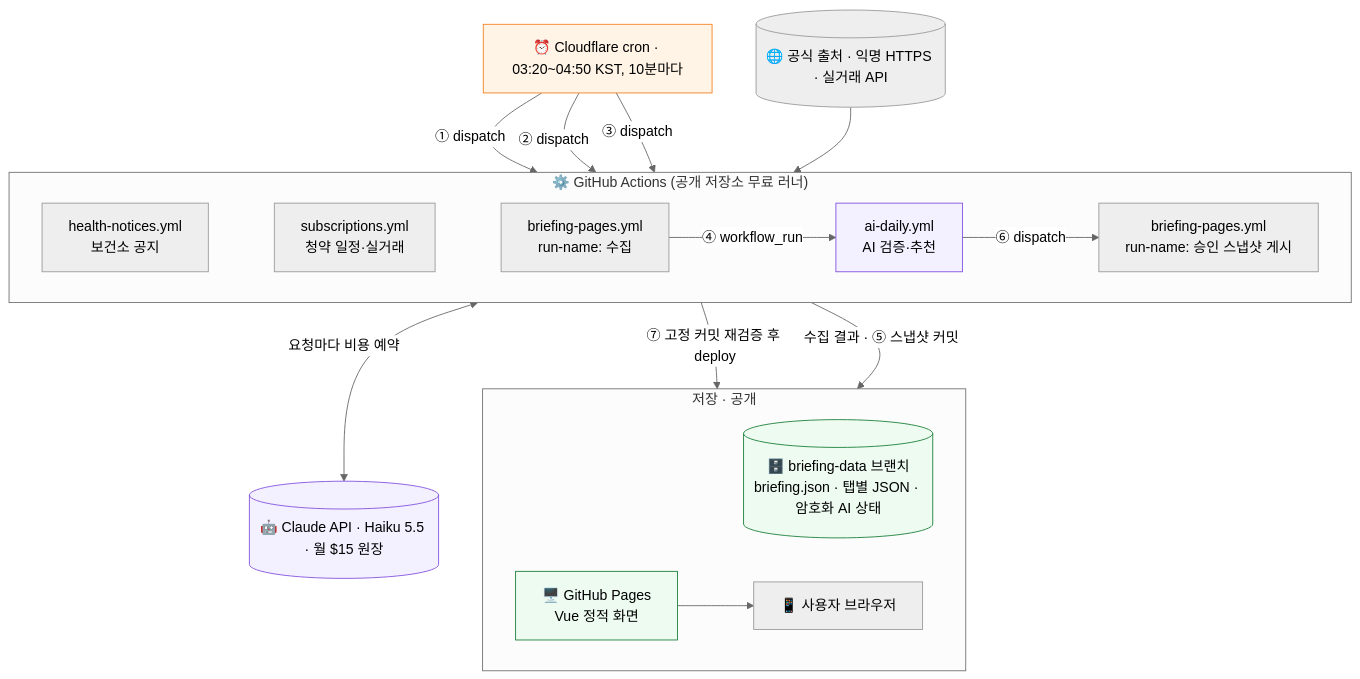
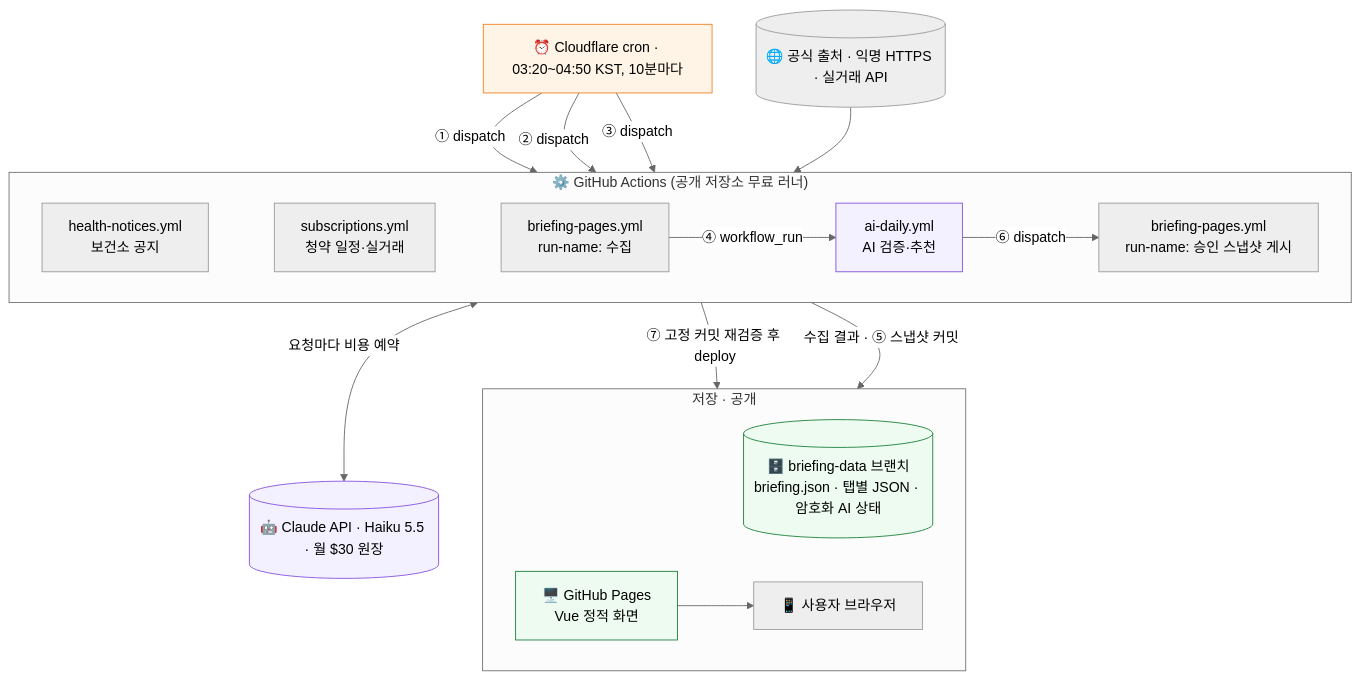
The first of 13 diagrams in docs/architecture.md (Kim-Taesu/benefit-monitor), drawn with Mermaid (neutral theme) before and after one commit. The commit also changed other lines of this file and 17 other files, not shown here.

````diff
--- a/docs/architecture.md
+++ b/docs/architecture.md
@@ -30,32 +30,32 @@
 ```mermaid
 flowchart TB
   cron["⏰ Cloudflare cron · 03:20~04:50 KST, 10분마다"]:::cf
   src[("🌐 공식 출처 · 익명 HTTPS · 실거래 API")]
 
   subgraph GHA["⚙️ GitHub Actions (공개 저장소 무료 러너)"]
     direction LR
     health["health-notices.yml<br/>보건소 공지"] ~~~ subs["subscriptions.yml<br/>청약 일정·실거래"] ~~~ brief["briefing-pages.yml<br/>run-name: 수집"]
     brief -->|"④ workflow_run"| ai["ai-daily.yml<br/>AI 검증·추천"]:::ai
     ai -->|"⑥ dispatch"| deploy["briefing-pages.yml<br/>run-name: 승인 스냅샷 게시"]
   end
 
-  claude[("🤖 Claude API · Haiku 5.5 · 월 $15 원장")]:::ai
+  claude[("🤖 Claude API · Haiku 5.5 · 월 $30 원장")]:::ai
 
   subgraph OUT["저장 · 공개"]
     direction LR
     data[("🗄️ briefing-data 브랜치<br/>briefing.json · 탭별 JSON · 암호화 AI 상태")]:::data
     pages["🖥️ GitHub Pages<br/>Vue 정적 화면"]:::data --> user["📱 사용자 브라우저"]
   end
 
   cron -->|"① dispatch"| health
   cron -->|"② dispatch"| subs
   cron -->|"③ dispatch"| brief
   src --> GHA
   ai <-->|"요청마다 비용 예약"| claude
   GHA -->|"수집 결과 · ⑤ 스냅샷 커밋"| data
   deploy -->|"⑦ 고정 커밋 재검증 후 deploy"| pages
 
   classDef cf fill:#fff4e6,stroke:#f38020
   classDef ai fill:#f3f0ff,stroke:#8250df
   classDef data fill:#eefbf1,stroke:#1a7f37
 ```
````
